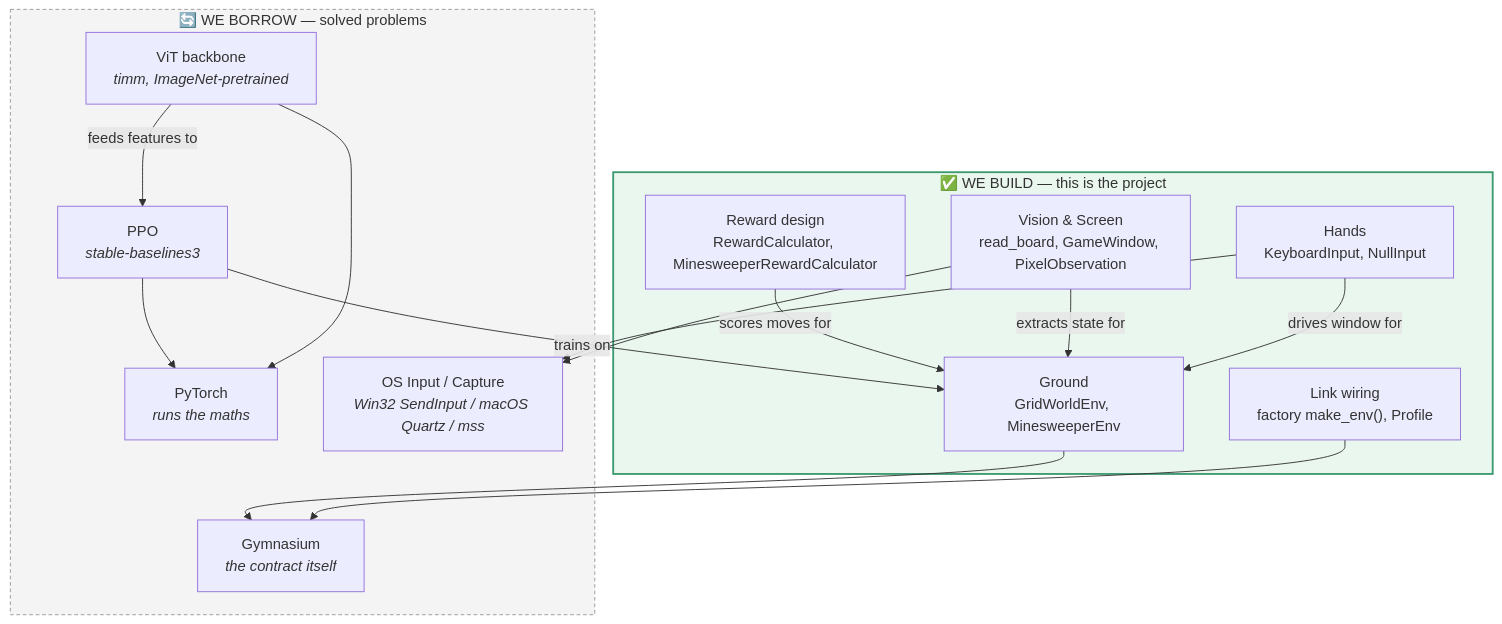
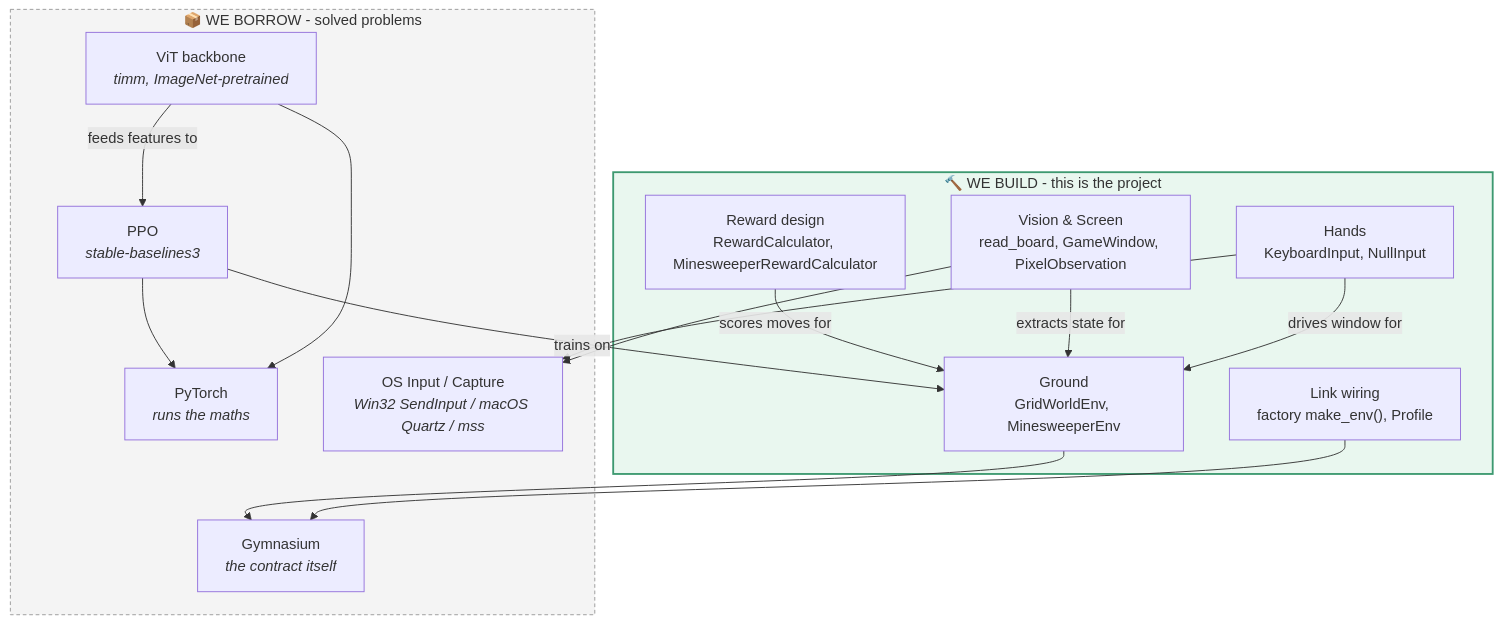
The third of 10 diagrams in docs/UML_FULL.md (Showerss/GameTrainer), drawn with Mermaid before and after one commit. The commit also changed other lines of this file and 5 other files, not shown here.

````diff
--- a/docs/UML_FULL.md
+++ b/docs/UML_FULL.md
@@ -65,33 +112,33 @@
 ```mermaid
 flowchart TB
-    subgraph WEBUILD["✅ WE BUILD — this is the project"]
+    subgraph WEBUILD["🔨 WE BUILD - this is the project"]
         G["Ground<br/>GridWorldEnv, MinesweeperEnv"]
         L["Link wiring<br/>factory make_env(), Profile"]
         R["Reward design<br/>RewardCalculator, MinesweeperRewardCalculator"]
         V["Vision & Screen<br/>read_board, GameWindow, PixelObservation"]
         H["Hands<br/>KeyboardInput, NullInput"]
     end
 
-    subgraph WEBORROW["🔄 WE BORROW — solved problems"]
+    subgraph WEBORROW["📦 WE BORROW - solved problems"]
         P["PPO<br/><i>stable-baselines3</i>"]
         VT["ViT backbone<br/><i>timm, ImageNet-pretrained</i>"]
         GY["Gymnasium<br/><i>the contract itself</i>"]
         T["PyTorch<br/><i>runs the maths</i>"]
         OS["OS Input / Capture<br/><i>Win32 SendInput / macOS Quartz / mss</i>"]
     end
 
     G --> GY
     L --> GY
     P --> T
     VT --> T
     P -- "trains on" --> G
     VT -- "feeds features to" --> P
     R -- "scores moves for" --> G
     V -- "extracts state for" --> G
     H -- "drives window for" --> G
     H --> OS
     V --> OS
 
     style WEBUILD fill:#e9f7ef,stroke:#3d9970,stroke-width:2px
     style WEBORROW fill:#f4f4f4,stroke:#999999,stroke-dasharray:4 3
 ```
````
